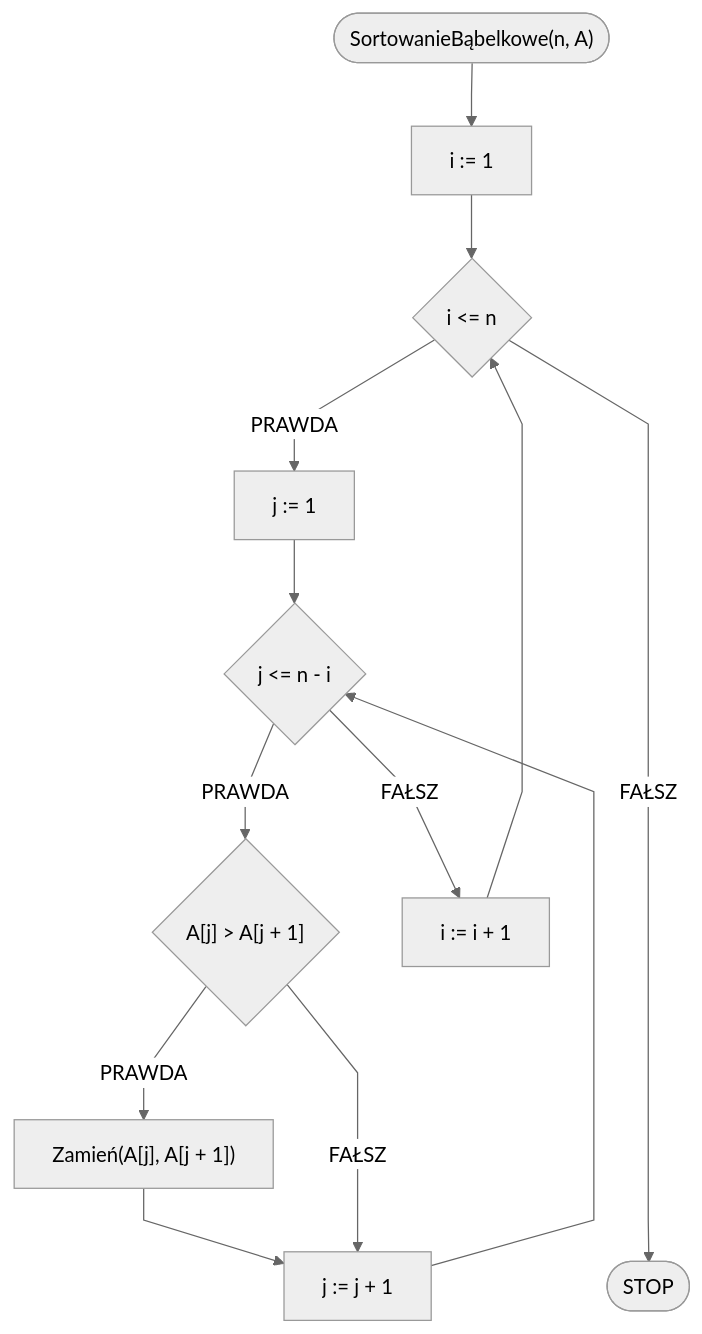
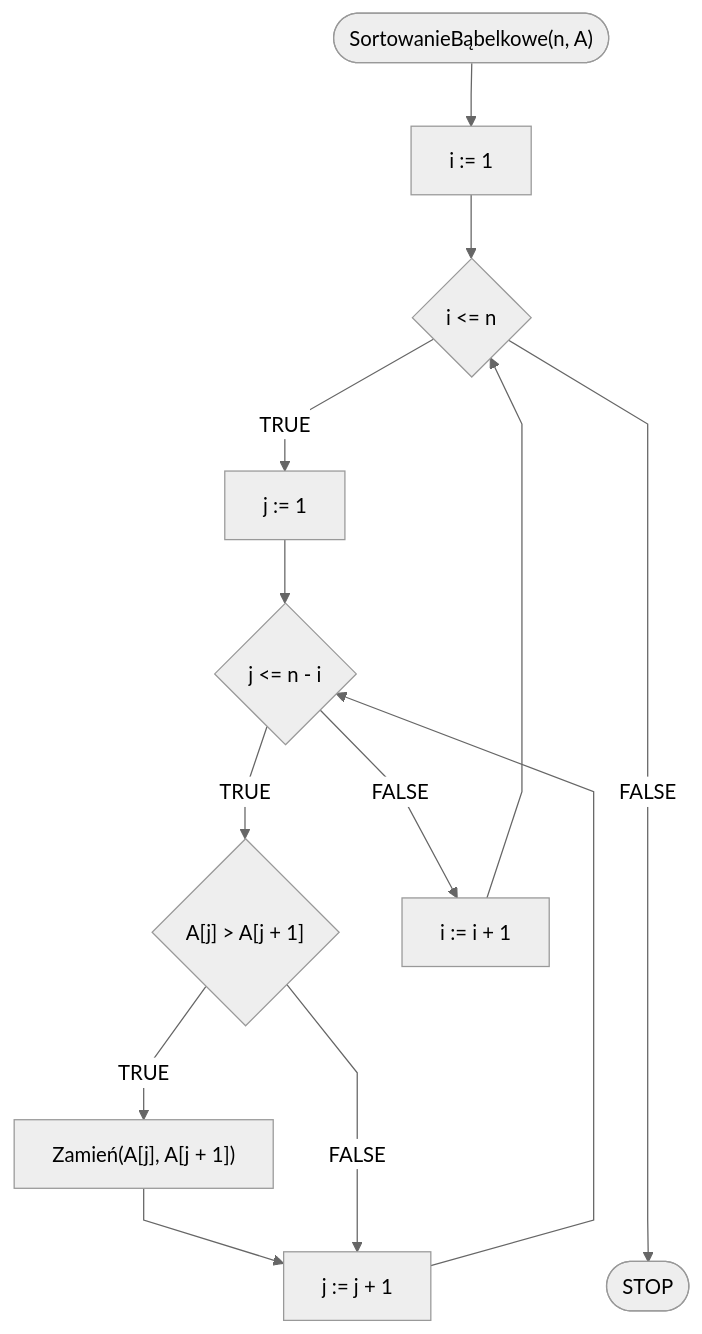
The second of 3 diagrams in docs/algorithms/sorting/bubble-sort.md (blackbat13/edu-cs-htiew-en), drawn with Mermaid before and after one commit. The commit also changed other lines of this file and 682 other files, not shown here.

````diff
--- a/docs/algorithms/sorting/bubble-sort.md
+++ b/docs/algorithms/sorting/bubble-sort.md
@@ -72,16 +72,16 @@
 ```mermaid
 %%{init: {"flowchart": {"curve": "linear"}, "theme": "neutral"} }%%
 flowchart TD
     START(["SortowanieBąbelkowe(n, A)"]) --> K0[i := 1]
     K0 --> K1{i <= n}
-    K1 -- PRAWDA --> K2p[j := 1]
+    K1 -- TRUE --> K2p[j := 1]
     K2p --> K2{j <= n - i}
-    K2 -- PRAWDA --> K3{"A[j] > A[j + 1]"}
-    K3 -- PRAWDA --> K4["Zamień(A[j], A[j + 1])"]
+    K2 -- TRUE --> K3{"A[j] > A[j + 1]"}
+    K3 -- TRUE --> K4["Zamień(A[j], A[j + 1])"]
     K4 --> K2i[j := j + 1]
-    K3 -- FAŁSZ --> K2i
+    K3 -- FALSE --> K2i
     K2i --> K2
-    K2 -- FAŁSZ --> K1i[i := i + 1]
+    K2 -- FALSE --> K1i[i := i + 1]
     K1i --> K1
-    K1 -- FAŁSZ ------> STOP([STOP])
+    K1 -- FALSE ------> STOP([STOP])
 ```
````
